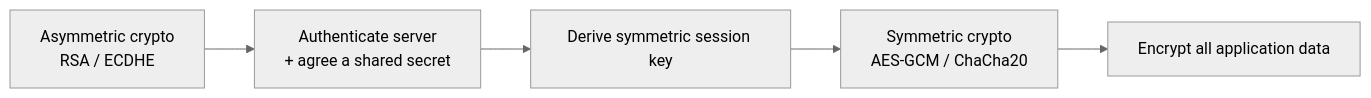
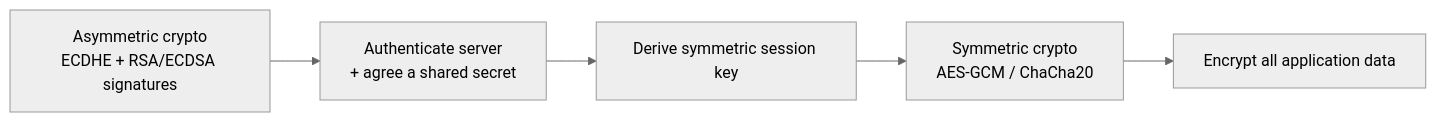
The first of 3 diagrams in src/content/security/03-infrastructure-security/01-tls-and-certificates.md (ft-abhishekgupta/interview-prep-suite), drawn with Mermaid (neutral theme) before and after one commit. The commit also changed other lines of this file and 307 other files, not shown here.

````diff
--- a/src/content/security/03-infrastructure-security/01-tls-and-certificates.md
+++ b/src/content/security/03-infrastructure-security/01-tls-and-certificates.md
@@ -28,7 +28,7 @@
 ```mermaid
 graph LR
-    A["Asymmetric crypto<br/>RSA / ECDHE"] --> B["Authenticate server<br/>+ agree a shared secret"]
+    A["Asymmetric crypto<br/>ECDHE + RSA/ECDSA signatures"] --> B["Authenticate server<br/>+ agree a shared secret"]
     B --> C["Derive symmetric session key"]
     C --> D["Symmetric crypto<br/>AES-GCM / ChaCha20"]
     D --> E["Encrypt all application data"]
 ```
````
